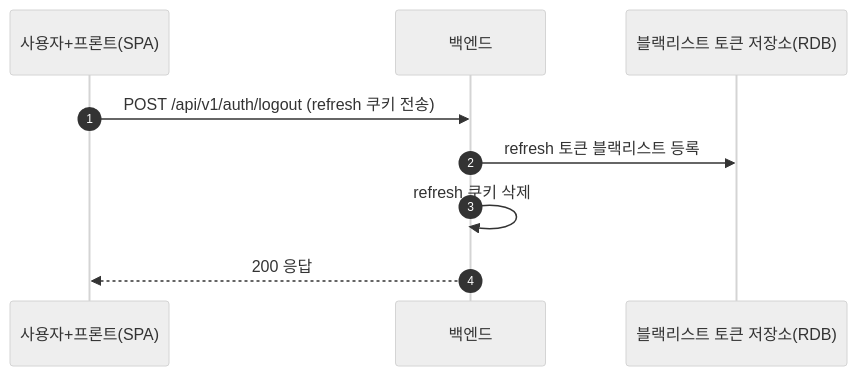
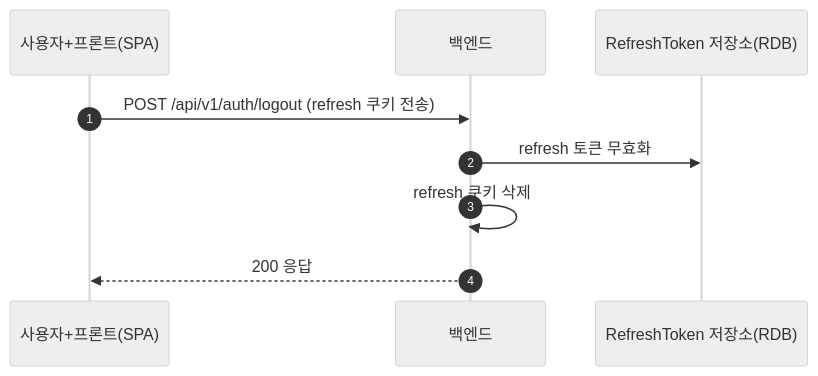
Before and after one commit to 100-hours-a-week/3-team-Tasteam-be: the fourth of 5 diagrams in docs/spec/tech/auth/README.md, drawn with Mermaid (neutral theme). The commit also changed other lines of this file, not shown here.

````diff
--- a/docs/spec/tech/auth/README.md
+++ b/docs/spec/tech/auth/README.md
@@ -292,12 +292,12 @@
 ```mermaid
 sequenceDiagram
   autonumber
   participant C as 사용자+프론트(SPA)
   participant BE as 백엔드
-  participant BL as 블랙리스트 토큰 저장소(RDB)
+  participant RT as RefreshToken 저장소(RDB)
 
   C->>BE: POST /api/v1/auth/logout (refresh 쿠키 전송)
-  BE->>BL: refresh 토큰 블랙리스트 등록
+  BE->>RT: refresh 토큰 무효화
   BE->>BE: refresh 쿠키 삭제
   BE-->>C: 200 응답
 ```
````
